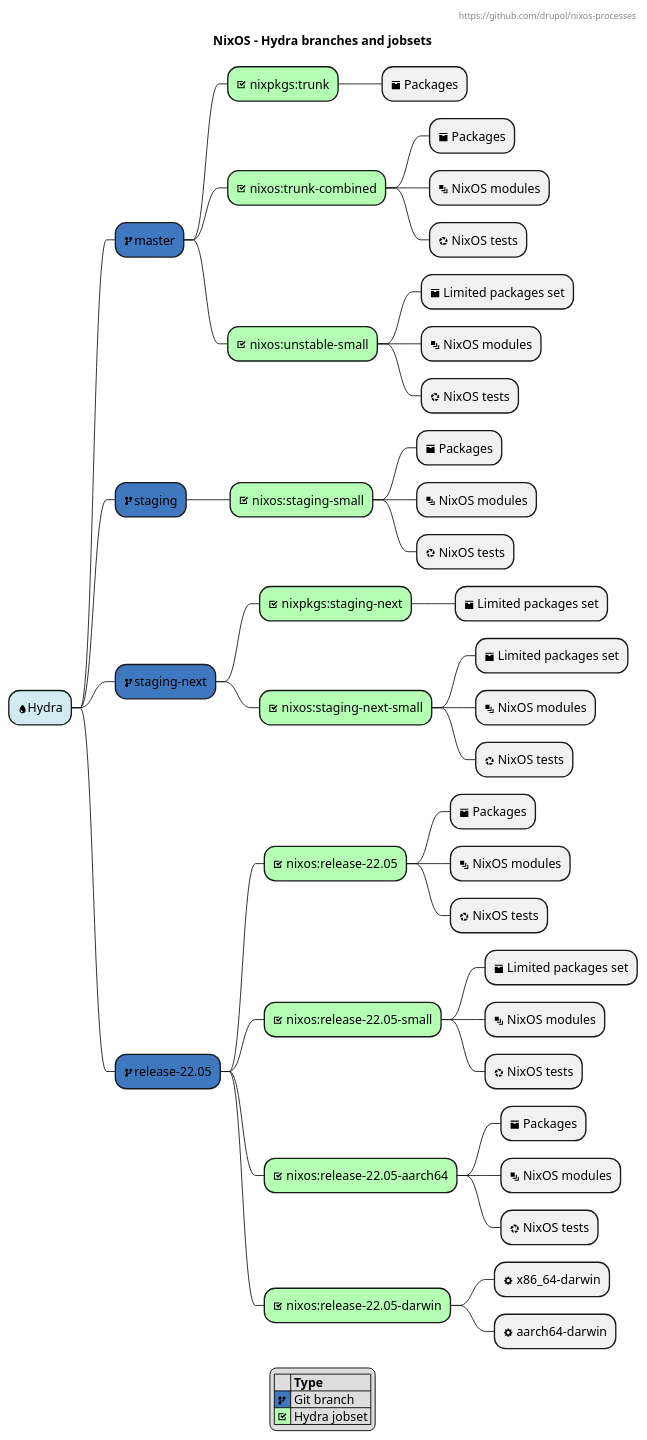
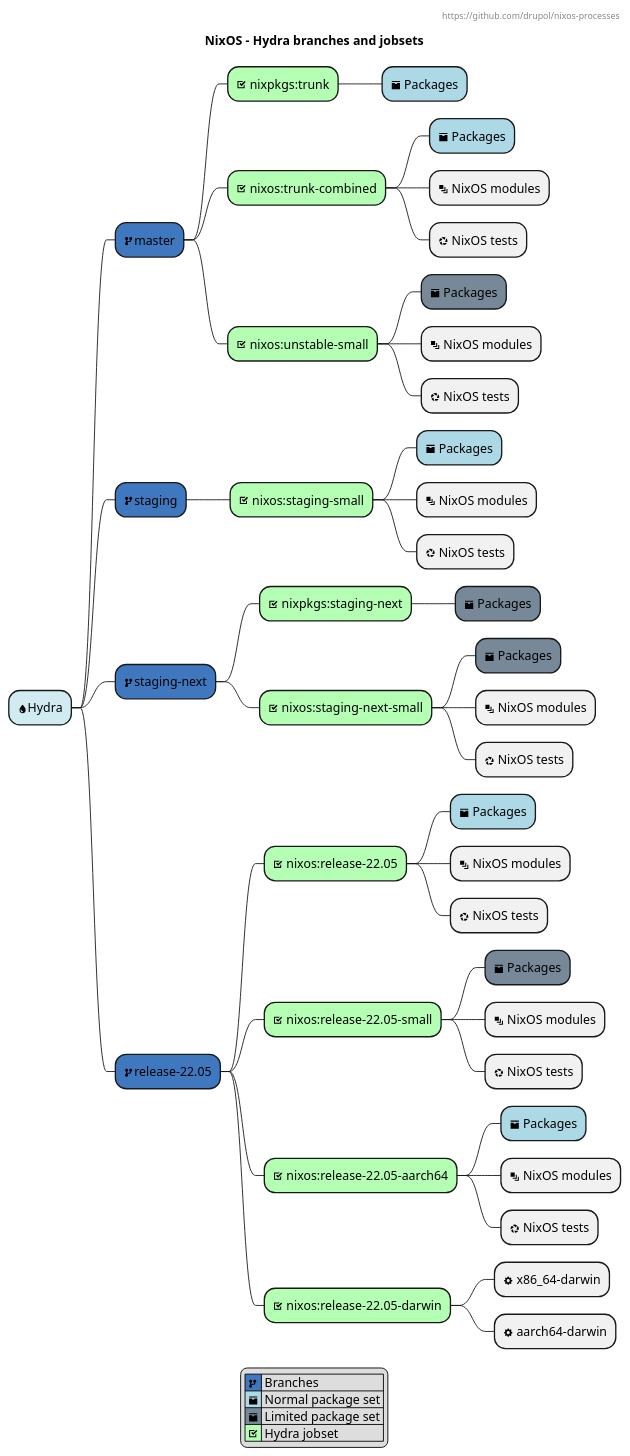
One commit to drupol/nixos-processes changed the diagram in src/hydra.plantuml. Above: the diagram before and after it, drawn with PlantUML. The commit also changed 3 other files, not shown here.

Commit message:
Pimp diagrams with icons.

```diff
--- a/src/hydra.plantuml
+++ b/src/hydra.plantuml
@@ -1,68 +1,75 @@
 @startmindmap
 title NixOS - Hydra branches and jobsets
 header
 https://github.com/drupol/nixos-processes
 endheader
 
 <style>
 mindmapDiagram {
   :depth(0) {
     BackGroundColor d1ecf1
   }
   :depth(1) {
     BackGroundColor 4078c0
   }
   :depth(2) {
     BackGroundColor b5ffb5
   }
 }
 </style>
 
 * <&droplet>Hydra
 ** <&fork>master
 *** <&task> nixpkgs:trunk
-**** <&box> Packages
+****[#lightblue] <&box> Packages
 *** <&task> nixos:trunk-combined
-**** <&box> Packages
+****[#lightblue] <&box> Packages
 **** <&layers> NixOS modules
 **** <&aperture> NixOS tests
 *** <&task> nixos:unstable-small
-**** <&box> Limited packages set
+****[#lightslategrey] <&box> Packages
 **** <&layers> NixOS modules
 **** <&aperture> NixOS tests
 ** <&fork>staging
 *** <&task> nixos:staging-small
-**** <&box> Packages
+****[#lightblue] <&box> Packages
 **** <&layers> NixOS modules
 **** <&aperture> NixOS tests
 ** <&fork>staging-next
 *** <&task> nixpkgs:staging-next
-**** <&box> Limited packages set
+****[#lightslategrey] <&box> Packages
 *** <&task> nixos:staging-next-small
-**** <&box> Limited packages set
+****[#lightslategrey] <&box> Packages
 **** <&layers> NixOS modules
 **** <&aperture> NixOS tests
 ** <&fork>release-22.05
 *** <&task> nixos:release-22.05
-**** <&box> Packages
+****[#lightblue] <&box> Packages
 **** <&layers> NixOS modules
 **** <&aperture> NixOS tests
 *** <&task> nixos:release-22.05-small
-**** <&box> Limited packages set
+****[#lightslategrey] <&box> Packages
 **** <&layers> NixOS modules
 **** <&aperture> NixOS tests
 *** <&task> nixos:release-22.05-aarch64
-**** <&box> Packages
+****[#lightblue] <&box> Packages
 **** <&layers> NixOS modules
 **** <&aperture> NixOS tests
 *** <&task> nixos:release-22.05-darwin
 **** <&cog> x86_64-darwin
 **** <&cog> aarch64-darwin
 
 legend
-|= |= Type |
-| <#4078c0> <&fork> | Git branch |
+|<#4078c0> <&fork> | Branches |
+| <#lightblue> <&box> | Normal package set |
+| <#lightslategrey> <&box> | Limited package set |
 | <#b5ffb5> <&task> | Hydra jobset |
 endlegend
+'
+'legend
+'|= |= Type |
+'| <#4078c0> <&fork> | Git branch |
+'| <#b5ffb5> <&task> | Hydra jobset |
+'endlegend
 
 @endmindmap
```
